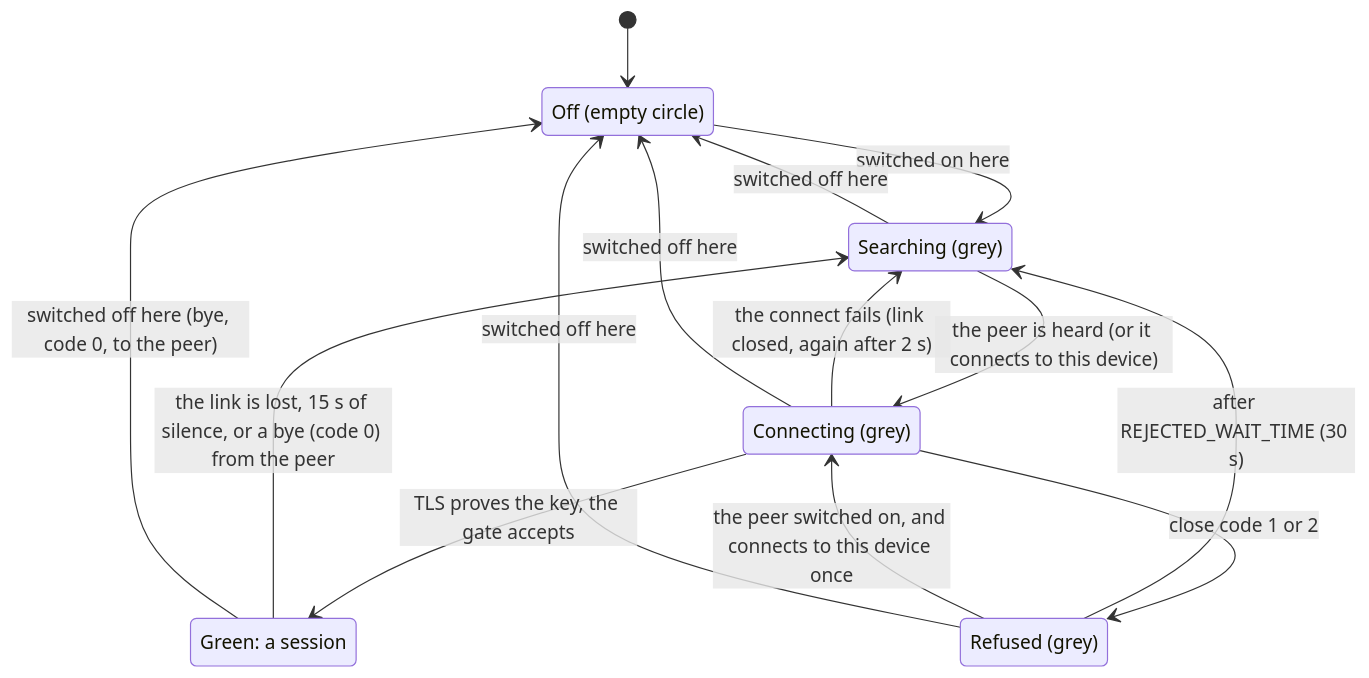
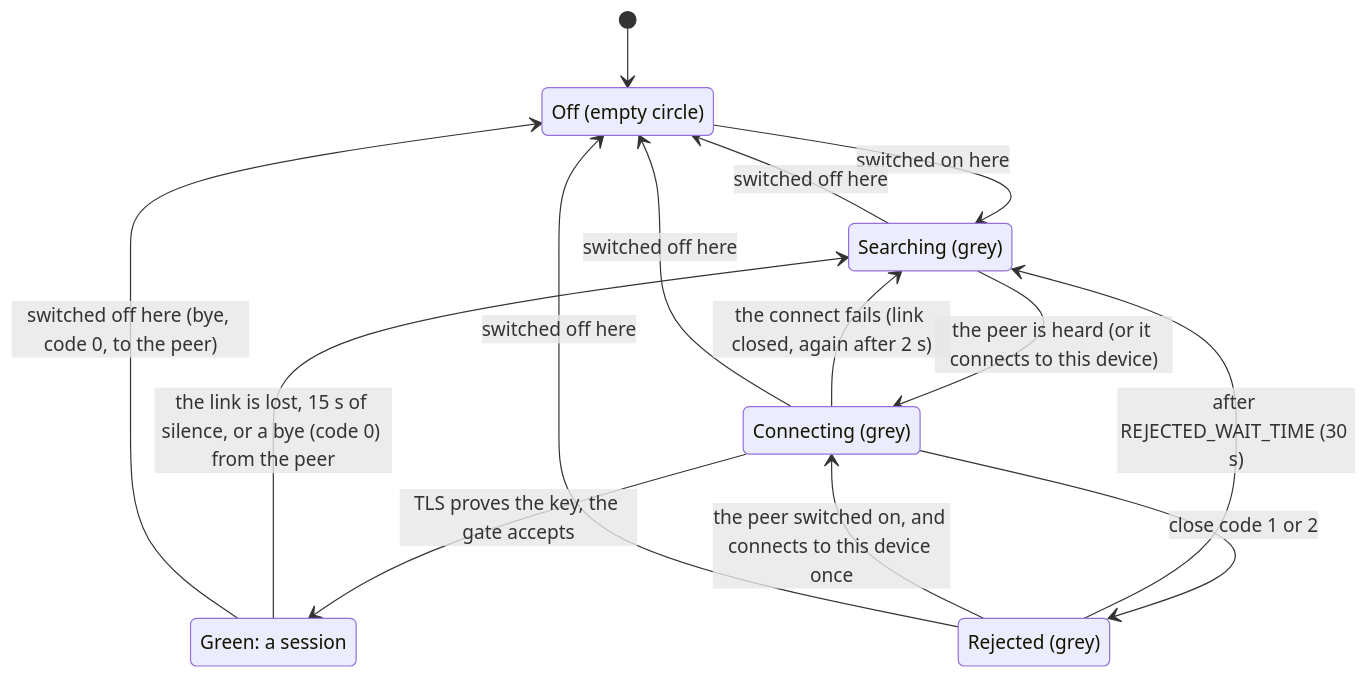
Before and after one commit to VRuzhentsov/fini: the diagram in docs/architecture/communication.md, drawn with Mermaid. The commit also changed other lines of this file and 13 other files, not shown here.

````diff
--- a/docs/architecture/communication.md
+++ b/docs/architecture/communication.md
@@ -130,22 +152,22 @@
 ```mermaid
 stateDiagram-v2
     state "Off (empty circle)" as Off
     state "Searching (grey)" as Searching
     state "Connecting (grey)" as Connecting
     state "Green: a session" as Green
-    state "Refused (grey)" as Refused
+    state "Rejected (grey)" as Rejected
 
     [*] --> Off
     Off --> Searching: switched on here
     Searching --> Connecting: the peer is heard (or it connects to this device)
     Connecting --> Green: TLS proves the key, the gate accepts
     Connecting --> Searching: the connect fails (link closed, again after 2 s)
-    Connecting --> Refused: close code 1 or 2
-    Refused --> Searching: after REJECTED_WAIT_TIME (30 s)
-    Refused --> Connecting: the peer switched on, and connects to this device once
+    Connecting --> Rejected: close code 1 or 2
+    Rejected --> Searching: after REJECTED_WAIT_TIME (30 s)
+    Rejected --> Connecting: the peer switched on, and connects to this device once
     Green --> Searching: the link is lost, 15 s of silence, or a bye (code 0) from the peer
     Searching --> Off: switched off here
     Connecting --> Off: switched off here
-    Refused --> Off: switched off here
+    Rejected --> Off: switched off here
     Green --> Off: switched off here (bye, code 0, to the peer)
 ```
````
